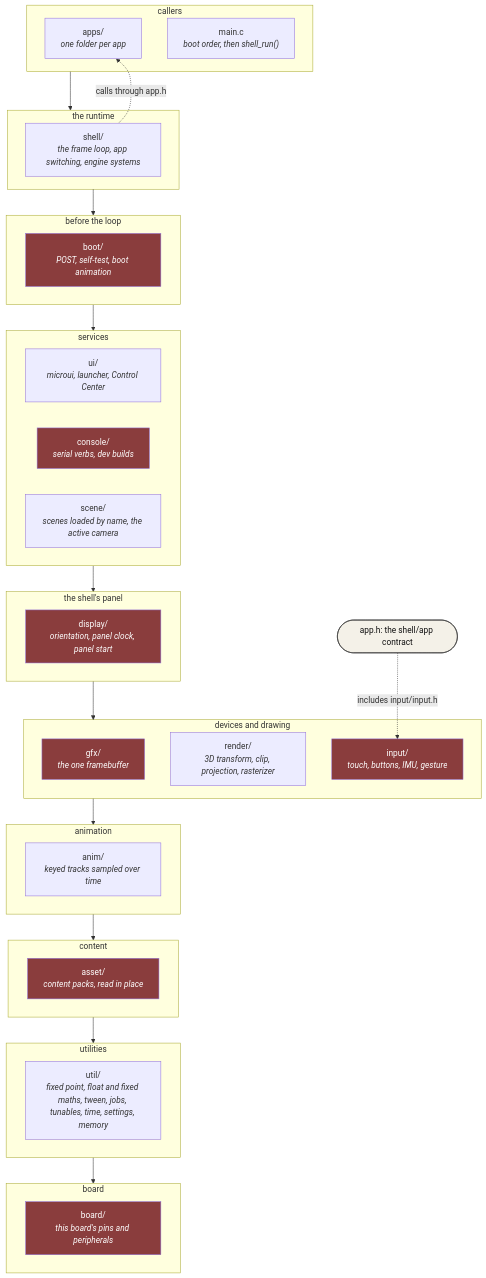
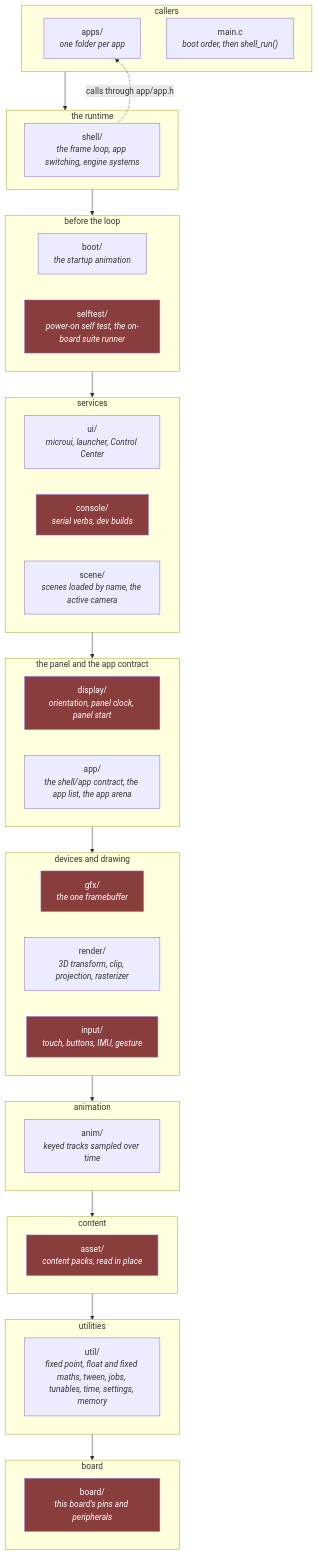
The first of 4 diagrams in docs/Firmware-Architecture.md (jose-villegas/autana), drawn with Mermaid before and after one commit. The commit also changed other lines of this file and 72 other files, not shown here.

First line of the commit message:
firmware: self-test gets its own selftest/ folder; app contract, registry and arena move to app/

````diff
--- a/docs/Firmware-Architecture.md
+++ b/docs/Firmware-Architecture.md
@@ -46,46 +46,45 @@
 ```mermaid
 flowchart TB
     classDef hw fill:#8a3d3d,color:#fff
-    classDef contract fill:#f4f1e8,stroke:#333,stroke-width:1px,color:#111
 
     subgraph R1["callers"]
         Apps["apps/<br/><i>one folder per app</i>"]
         Main["main.c<br/><i>boot order, then shell_run()</i>"]
     end
     subgraph R2["the runtime"]
         Shell["shell/<br/><i>the frame loop, app switching, engine systems</i>"]
     end
     subgraph R3["before the loop"]
-        Boot["boot/<br/><i>POST, self-test, boot animation</i>"]:::hw
+        Boot["boot/<br/><i>the startup animation</i>"]
+        Selftest["selftest/<br/><i>power-on self test, the on-board suite runner</i>"]:::hw
     end
     subgraph R4["services"]
         Ui["ui/<br/><i>microui, launcher, Control Center</i>"]
         Console["console/<br/><i>serial verbs, dev builds</i>"]:::hw
         Scene["scene/<br/><i>scenes loaded by name, the active camera</i>"]
     end
-    subgraph R5["the shell's panel"]
+    subgraph R5["the panel and the app contract"]
         Display["display/<br/><i>orientation, panel clock, panel start</i>"]:::hw
+        App["app/<br/><i>the shell/app contract, the app list, the app arena</i>"]
     end
     subgraph R6["devices and drawing"]
         Gfx["gfx/<br/><i>the one framebuffer</i>"]:::hw
         Render["render/<br/><i>3D transform, clip, projection, rasterizer</i>"]
         Input["input/<br/><i>touch, buttons, IMU, gesture</i>"]:::hw
     end
     subgraph R7["animation"]
         Anim["anim/<br/><i>keyed tracks sampled over time</i>"]
     end
     subgraph R8["content"]
         Asset["asset/<br/><i>content packs, read in place</i>"]:::hw
     end
     subgraph R9["utilities"]
         Util["util/<br/><i>fixed point, float and fixed maths, tween, jobs, tunables, time, settings, memory</i>"]
     end
     subgraph R10["board"]
         Board["board/<br/><i>this board's pins and peripherals</i>"]:::hw
     end
 
     R1 --> R2 --> R3 --> R4 --> R5 --> R6 --> R7 --> R8 --> R9 --> R10
-    Contract(["app.h: the shell/app contract"]):::contract
-    Shell -.->|"calls through app.h"| Apps
-    Contract -.->|"includes input/input.h"| Input
+    Shell -.->|"calls through app/app.h"| Apps
 ```
````
